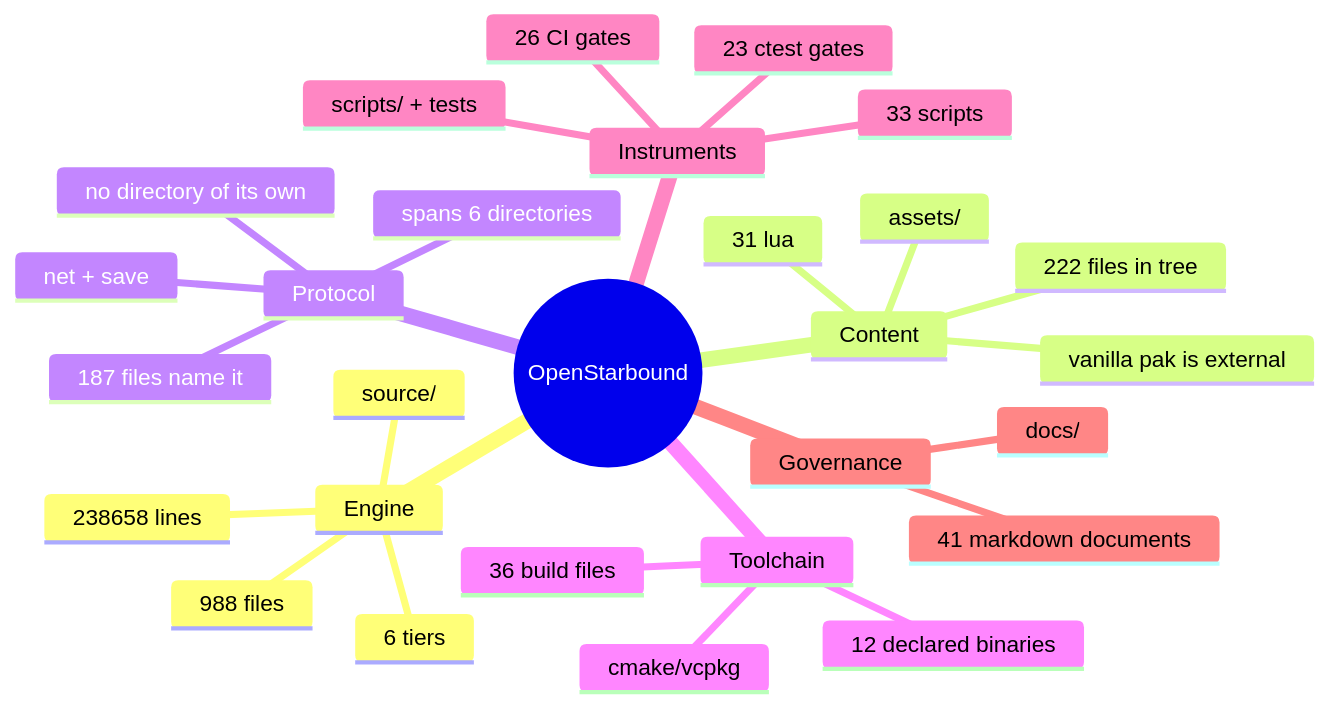
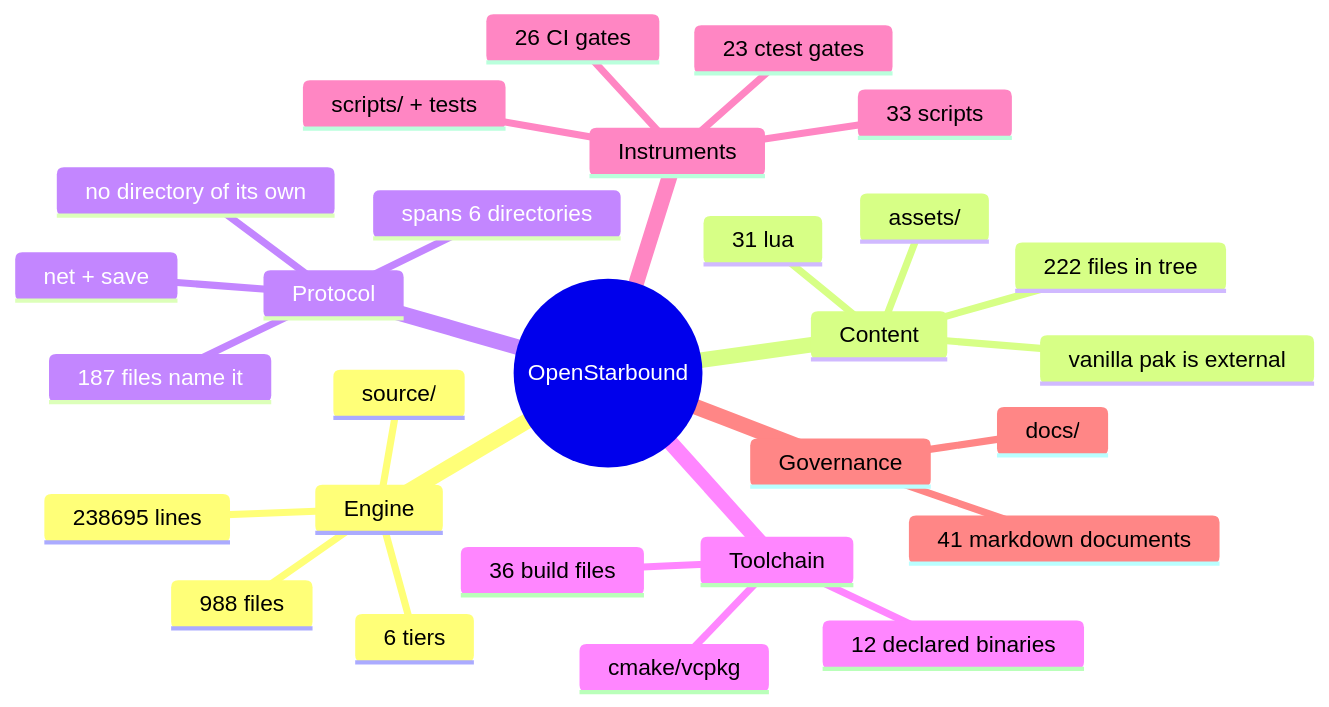
One commit to apnex/OpenStarbound changed the second of 11 diagrams in docs/architecture/system-boundaries.md. Above: the diagram before and after it, drawn with Mermaid. The commit also changed other lines of this file and 1 other file, not shown here.

````diff
--- a/docs/architecture/system-boundaries.md
+++ b/docs/architecture/system-boundaries.md
@@ -166,31 +166,31 @@
 ```mermaid
 mindmap
   root((OpenStarbound))
     Engine
       source/
       988 files
-      238658 lines
+      238695 lines
       6 tiers
     Content
       assets/
       222 files in tree
       31 lua
       vanilla pak is external
     Protocol
       net + save
       187 files name it
       spans 6 directories
       no directory of its own
     Toolchain
       cmake/vcpkg
       36 build files
       12 declared binaries
     Instruments
       scripts/ + tests
       33 scripts
       23 ctest gates
       26 CI gates
     Governance
       docs/
       41 markdown documents
 ```
````
